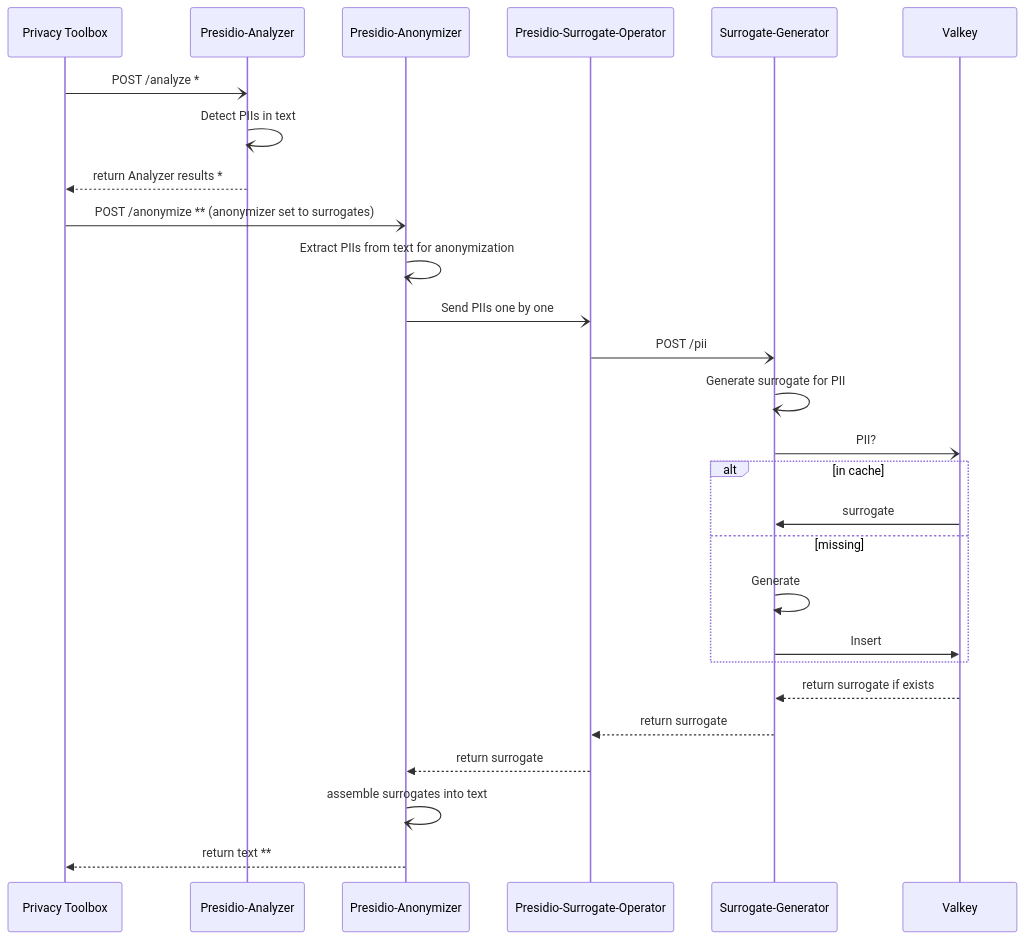
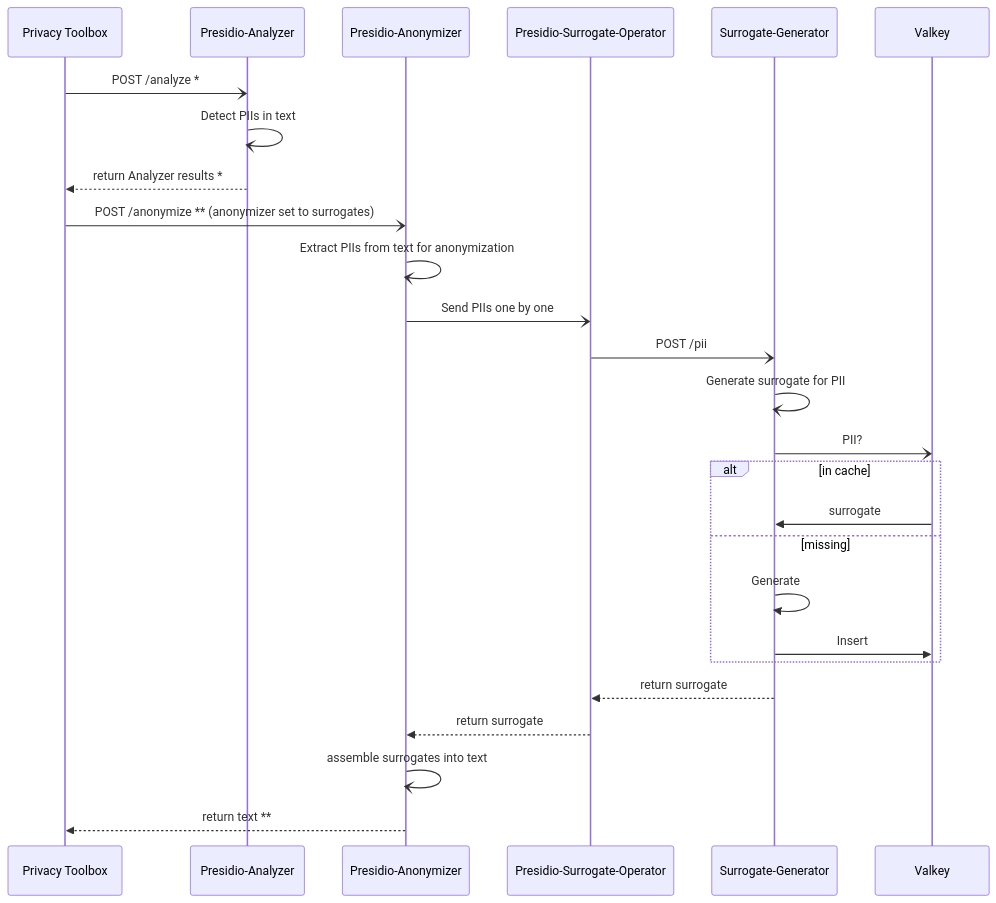
One commit to sdsc-ordes/deid-module changed the diagram in src/modules/surrogate/README.md. Above: the diagram before and after it, drawn with Mermaid. The commit also changed other lines of this file, not shown here.

````diff
--- a/src/modules/surrogate/README.md
+++ b/src/modules/surrogate/README.md
@@ -42,30 +35,29 @@
 ```mermaid
 sequenceDiagram
     participant PT as Privacy Toolbox
     participant An as Presidio-Analyzer
     participant Anon as Presidio-Anonymizer
     participant O as Presidio-Surrogate-Operator
     participant SG as Surrogate-Generator
     participant VK as Valkey
 
     PT-)An: POST /analyze *
     An-)An: Detect PIIs in text
     An-->>PT: return Analyzer results *
     PT-)Anon: POST /anonymize ** (anonymizer set to surrogates)
     Anon-)Anon: Extract PIIs from text for anonymization
     Anon-)O: Send PIIs one by one
     O-)SG: POST /pii
     SG-)SG: Generate surrogate for PII
     SG-)VK: PII?
     alt in cache
         VK->>SG: surrogate
     else missing
         SG->>SG: Generate
         SG->>VK: Insert
     end
-    VK-->>SG: return surrogate if exists
     SG-->>O: return surrogate
     O-->>Anon: return surrogate
     Anon-)Anon: assemble surrogates into text
     Anon-->>PT: return text **
 ```
````
